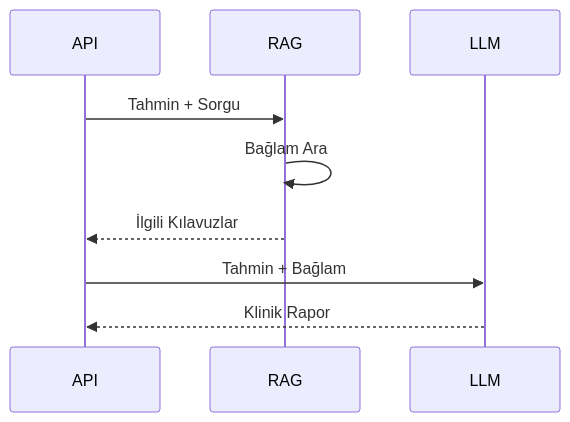
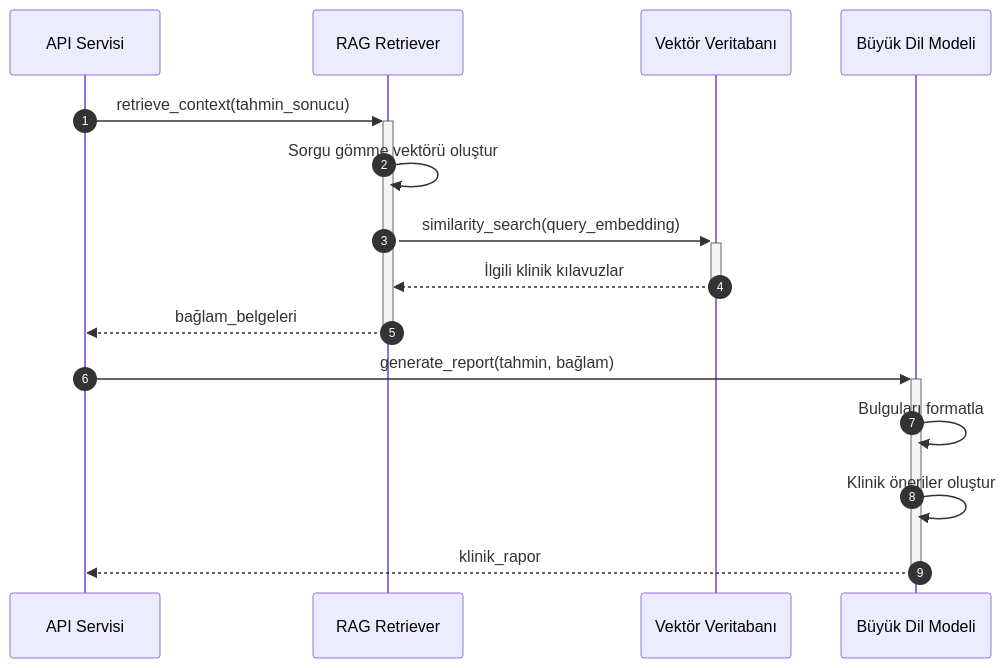
One commit to mUsaulug/CardioGuard-AI changed the eighth of 9 diagrams in docs/diagrams/06_sequence_diagram.md. Above: the diagram before and after it, drawn with Mermaid. The commit also changed other lines of this file and 3 other files, not shown here.

````diff
--- a/docs/diagrams/06_sequence_diagram.md
+++ b/docs/diagrams/06_sequence_diagram.md
@@ -238,13 +413,19 @@
 ```mermaid
 sequenceDiagram
-    participant API
-    participant RAG
-    participant LLM
+    autonumber
+    participant API as API Servisi
+    participant RAG as RAG Retriever
+    participant VectorDB as Vektör Veritabanı
+    participant LLM as Büyük Dil Modeli
     
-    API->>RAG: Tahmin + Sorgu
-    RAG->>RAG: Bağlam Ara
-    RAG-->>API: İlgili Kılavuzlar
+    API->>+RAG: retrieve_context(tahmin_sonucu)
+    RAG->>RAG: Sorgu gömme vektörü oluştur
+    RAG->>+VectorDB: similarity_search(query_embedding)
+    VectorDB-->>-RAG: İlgili klinik kılavuzlar
+    RAG-->>-API: bağlam_belgeleri
     
-    API->>LLM: Tahmin + Bağlam
-    LLM-->>API: Klinik Rapor
+    API->>+LLM: generate_report(tahmin, bağlam)
+    LLM->>LLM: Bulguları formatla
+    LLM->>LLM: Klinik öneriler oluştur
+    LLM-->>-API: klinik_rapor
 ```
````
